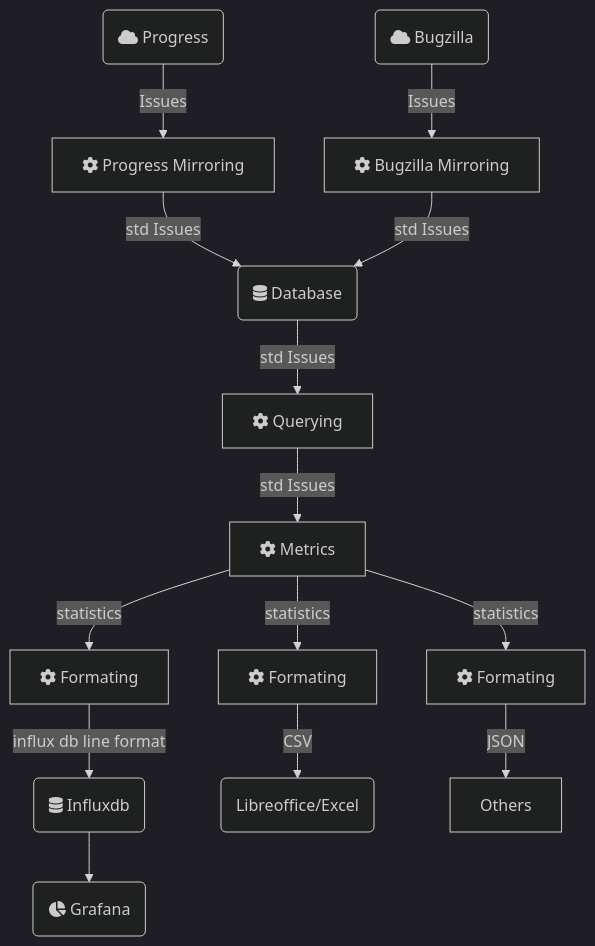
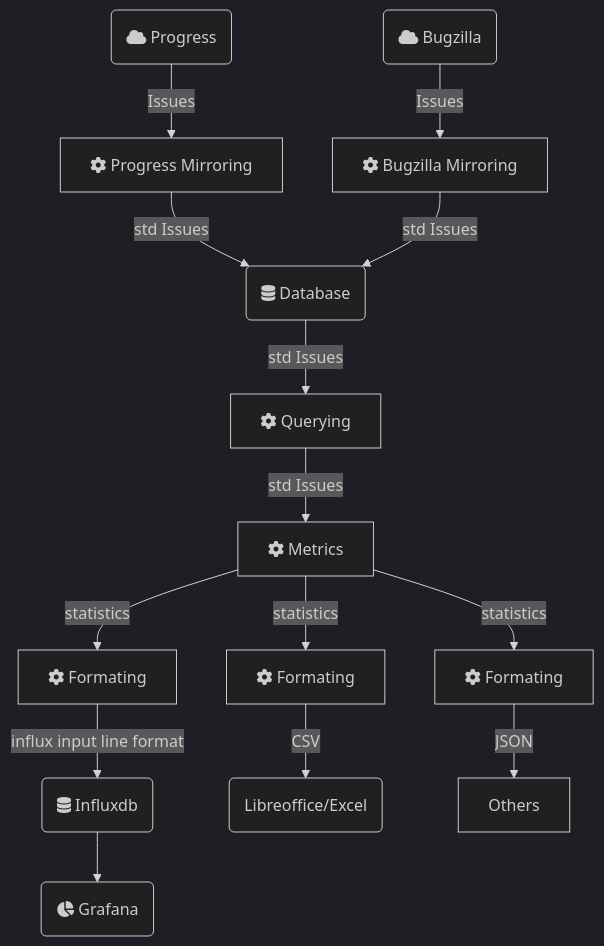
The diagram in README.md (ilausuch/project_management_statistics), drawn with Mermaid (dark theme) before and after one commit. The commit also changed other lines of this file and 13 other files, not shown here.

````diff
--- a/README.md
+++ b/README.md
@@ -5,16 +5,16 @@
 ```mermaid
 graph TD
     A(fa:fa-cloud Progress) -->|Issues| B[fa:fa-gear Progress Mirroring]
     C(fa:fa-cloud Bugzilla) -->|Issues| D[fa:fa-gear Bugzilla Mirroring]
     B -->|std Issues| E(fa:fa-database Database)
     D -->|std Issues| E
     E -->|std Issues| F[fa:fa-gear Querying]
     F -->|std Issues| G[fa:fa-gear Metrics]
     G -->|statistics| H[fa:fa-gear Formating]
     G -->|statistics| H2[fa:fa-gear Formating]
     G -->|statistics| H3[fa:fa-gear Formating]
-    H -->|influx db line format| I(fa:fa-database Influxdb)
+    H -->|influx input line format| I(fa:fa-database Influxdb)
     I --> J(fa:fa-chart-pie Grafana)
     H2 -->|CSV| LibreOffice(Libreoffice/Excel)
     H3 -->|JSON| Others
 ```
````
